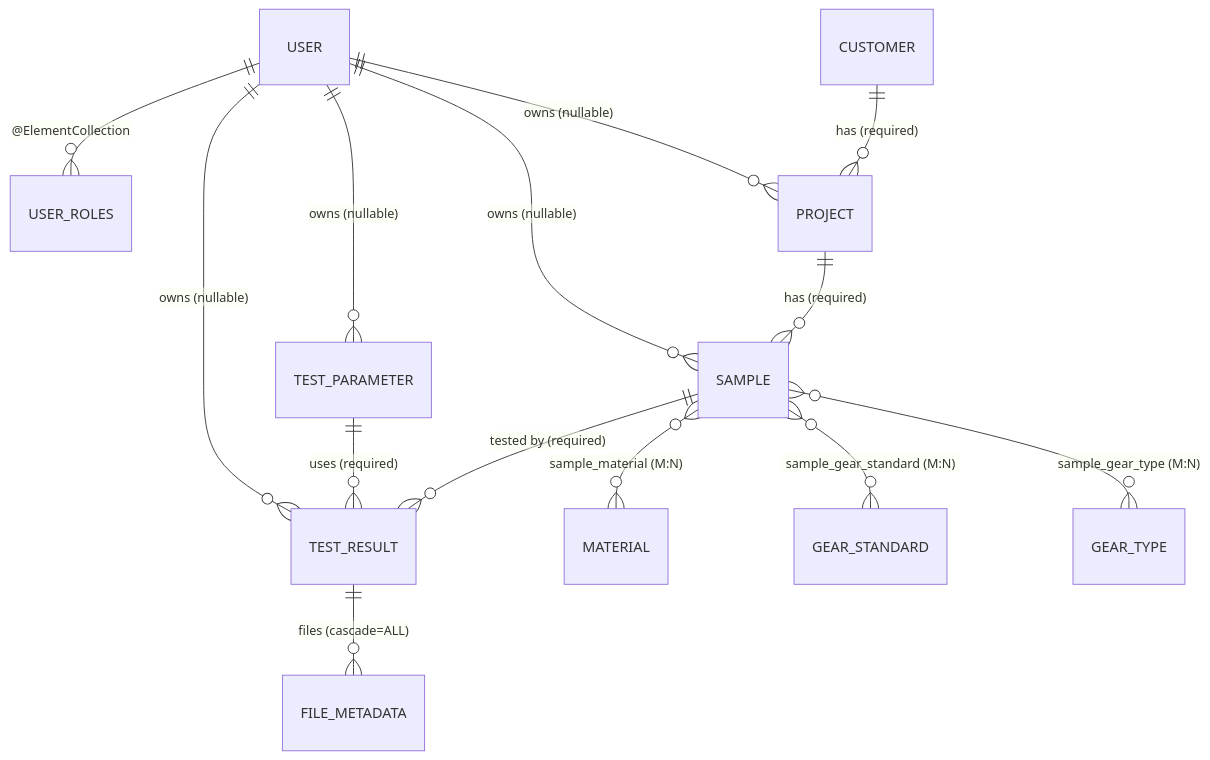
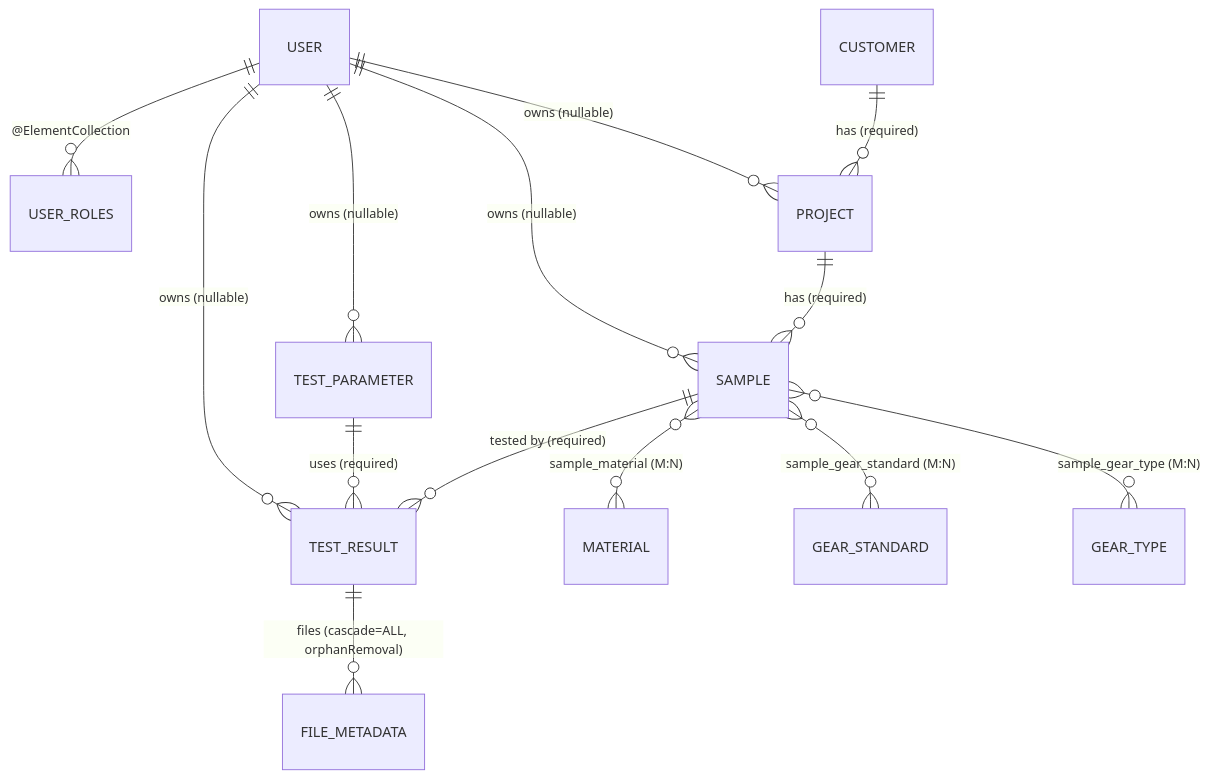
The diagram in doc/03-backend/persistence-model.md (rupfizupfi/breaktest-command-deck), drawn with Mermaid before and after one commit. The commit also changed 69 other files, not shown here.

````diff
--- a/doc/03-backend/persistence-model.md
+++ b/doc/03-backend/persistence-model.md
@@ -35,16 +35,16 @@
 ```mermaid
 erDiagram
     USER ||--o{ PROJECT       : "owns (nullable)"
     USER ||--o{ SAMPLE        : "owns (nullable)"
     USER ||--o{ TEST_PARAMETER: "owns (nullable)"
     USER ||--o{ TEST_RESULT   : "owns (nullable)"
     USER ||--o{ USER_ROLES    : "@ElementCollection"
     CUSTOMER ||--o{ PROJECT   : "has (required)"
     PROJECT  ||--o{ SAMPLE    : "has (required)"
     SAMPLE   }o--o{ GEAR_TYPE     : "sample_gear_type (M:N)"
     SAMPLE   }o--o{ GEAR_STANDARD : "sample_gear_standard (M:N)"
     SAMPLE   }o--o{ MATERIAL      : "sample_material (M:N)"
     SAMPLE         ||--o{ TEST_RESULT : "tested by (required)"
     TEST_PARAMETER ||--o{ TEST_RESULT : "uses (required)"
-    TEST_RESULT    ||--o{ FILE_METADATA : "files (cascade=ALL)"
+    TEST_RESULT    ||--o{ FILE_METADATA : "files (cascade=ALL, orphanRemoval)"
 ```
````
